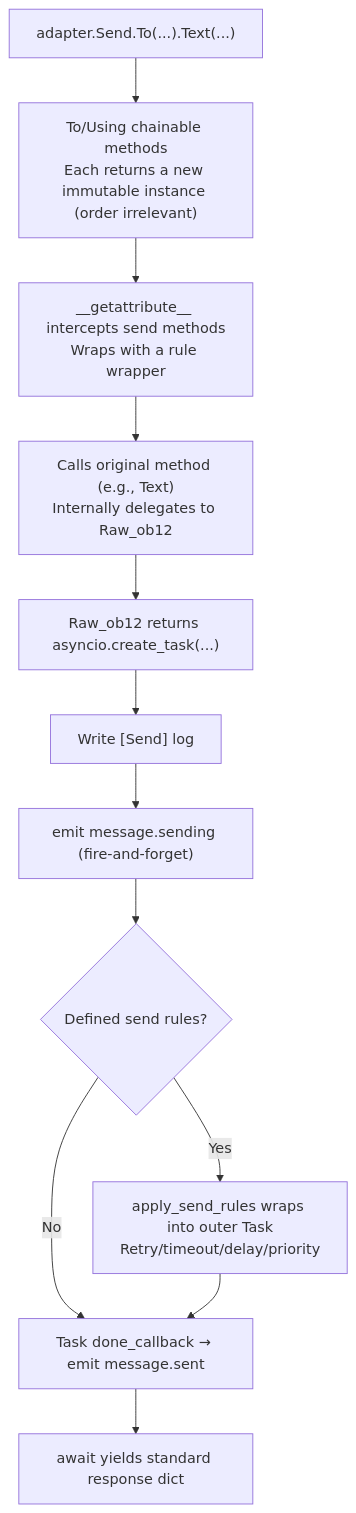
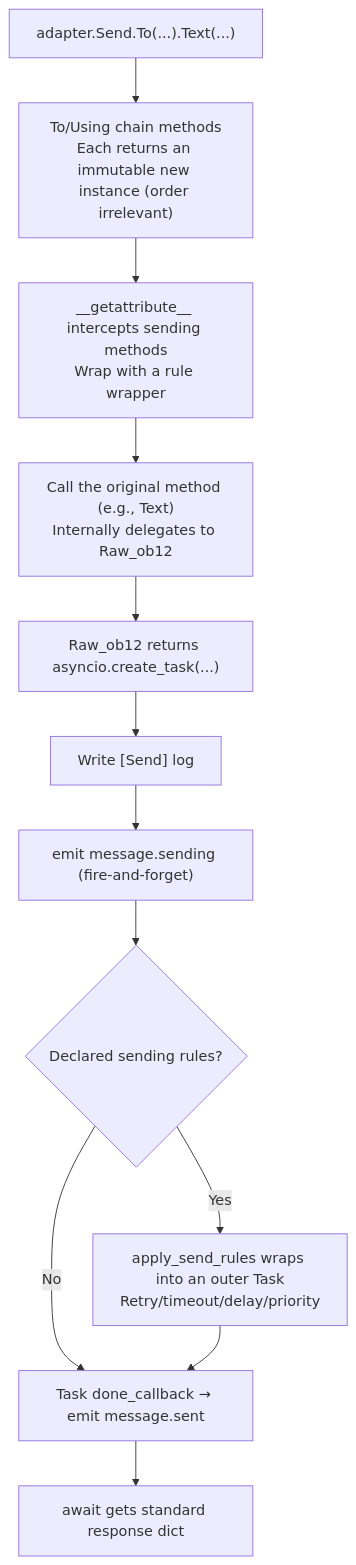
The second of 2 diagrams in docs/en/developer-guide/adapters/send-dsl.md (ErisPulse/ErisPulse), drawn with Mermaid before and after one commit. The commit also changed other lines of this file and 299 other files, not shown here.

````diff
--- a/docs/en/developer-guide/adapters/send-dsl.md
+++ b/docs/en/developer-guide/adapters/send-dsl.md
@@ -580,14 +574,14 @@
 ```mermaid
 flowchart TD
-    A["adapter.Send.To(...).Text(...)"] --> B["To/Using chainable methods<br/>Each returns a new immutable instance (order irrelevant)"]
-    B --> C["__getattribute__ intercepts send methods<br/>Wraps with a rule wrapper"]
-    C --> D["Calls original method (e.g., Text)<br/>Internally delegates to Raw_ob12"]
+    A["adapter.Send.To(...).Text(...)"] --> B["To/Using chain methods<br/>Each returns an immutable new instance (order irrelevant)"]
+    B --> C["__getattribute__ intercepts sending methods<br/>Wrap with a rule wrapper"]
+    C --> D["Call the original method (e.g., Text)<br/>Internally delegates to Raw_ob12"]
     D --> E["Raw_ob12 returns asyncio.create_task(...)"]
     E --> F["Write [Send] log"]
     F --> G["emit message.sending (fire-and-forget)"]
-    G --> H{"Defined send rules?"}
+    G --> H{"Declared sending rules?"}
     H -->|"No"| I["Task done_callback → emit message.sent"]
-    H -->|"Yes"| J["apply_send_rules wraps into outer Task<br/>Retry/timeout/delay/priority"]
+    H -->|"Yes"| J["apply_send_rules wraps into an outer Task<br/>Retry/timeout/delay/priority"]
     J --> I
-    I --> K["await yields standard response dict"]
+    I --> K["await gets standard response dict"]
 ```
````
